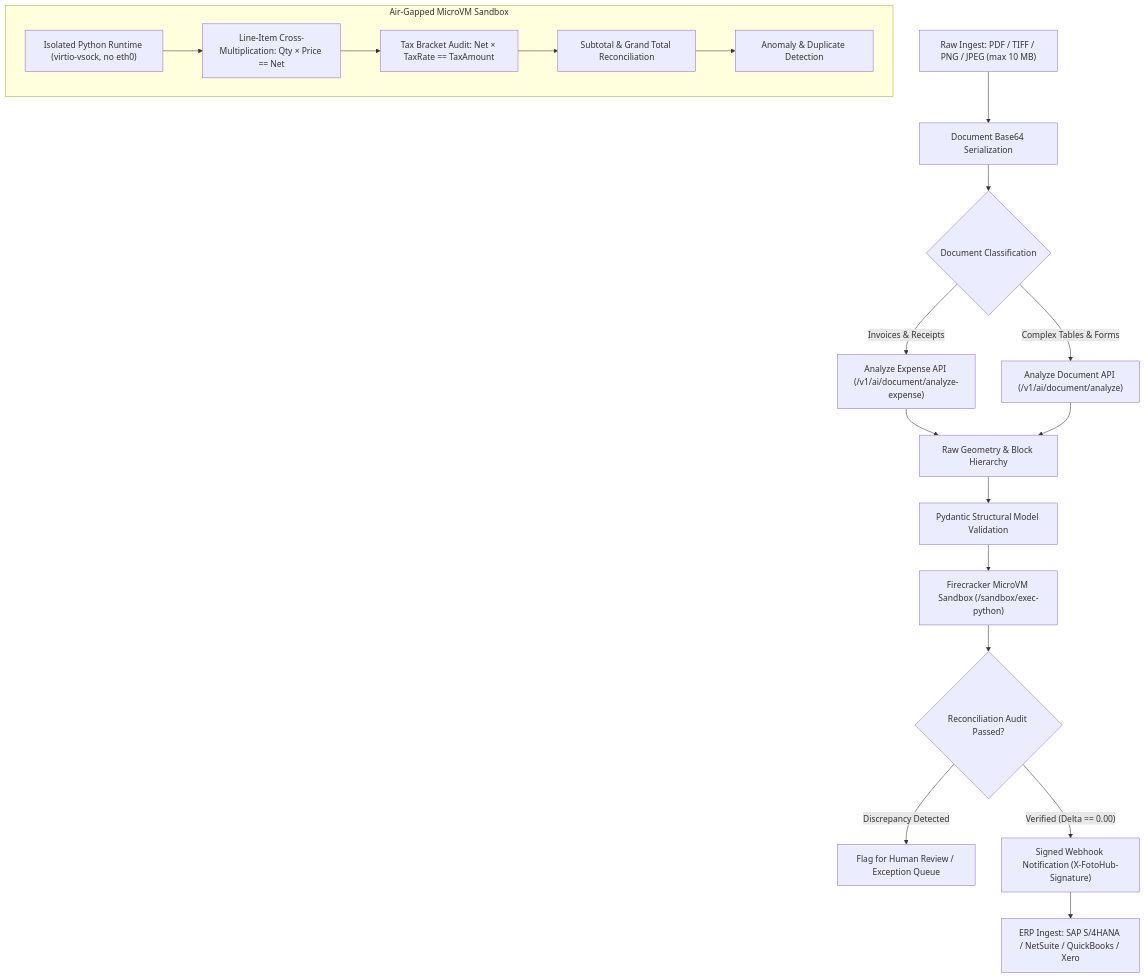
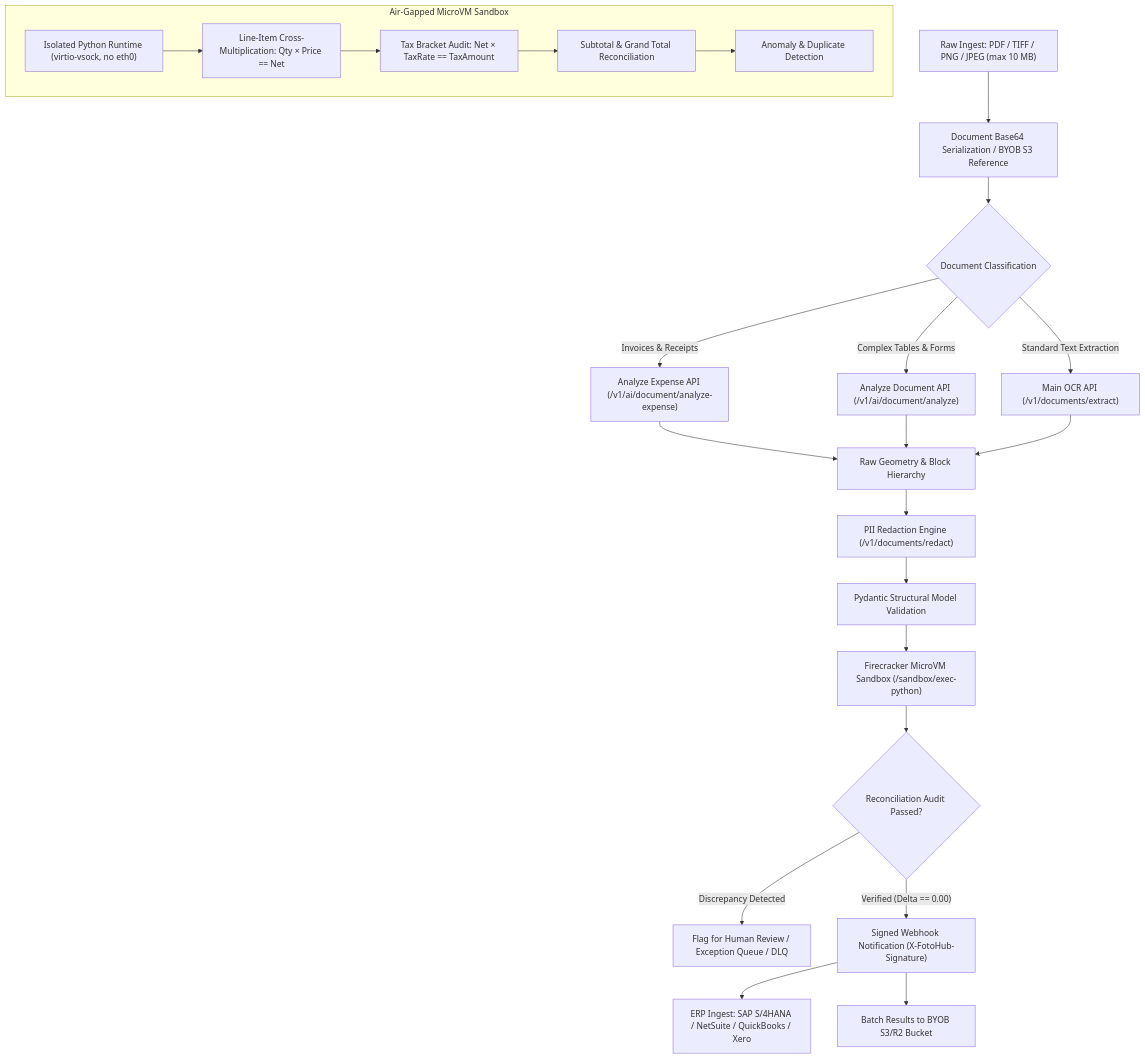
Before and after one commit to fotohubapp/docs: the diagram in recipes/document-intelligence-pipeline.md, drawn with Mermaid. The commit also changed other lines of this file and 61 other files, not shown here.

````diff
--- a/recipes/document-intelligence-pipeline.md
+++ b/recipes/document-intelligence-pipeline.md
@@ -11,22 +11,30 @@
 ```mermaid
 flowchart TD
-    A["Raw Ingest: PDF / TIFF / PNG / JPEG (max 10 MB)"] --> B["Document Base64 Serialization"]
+    A["Raw Ingest: PDF / TIFF / PNG / JPEG (max 10 MB)"] --> B["Document Base64 Serialization / BYOB S3 Reference"]
     B --> C{"Document Classification"}
     C -->|"Invoices & Receipts"| D["Analyze Expense API (/v1/ai/document/analyze-expense)"]
     C -->|"Complex Tables & Forms"| E["Analyze Document API (/v1/ai/document/analyze)"]
-    D & E --> F["Raw Geometry & Block Hierarchy"]
-    F --> G["Pydantic Structural Model Validation"]
-    G --> H["Firecracker MicroVM Sandbox (/sandbox/exec-python)"]
+    C -->|"Standard Text Extraction"| F["Main OCR API (/v1/documents/extract)"]
+    D & E & F --> G["Raw Geometry & Block Hierarchy"]
+    
+    G --> H["PII Redaction Engine (/v1/documents/redact)"]
+    
+    H --> I["Pydantic Structural Model Validation"]
+    I --> J["Firecracker MicroVM Sandbox (/sandbox/exec-python)"]
+    
     subgraph "Air-Gapped MicroVM Sandbox"
-        H1["Isolated Python Runtime (virtio-vsock, no eth0)"]
-        H2["Line-Item Cross-Multiplication: Qty × Price == Net"]
-        H3["Tax Bracket Audit: Net × TaxRate == TaxAmount"]
-        H4["Subtotal & Grand Total Reconciliation"]
-        H5["Anomaly & Duplicate Detection"]
-        H1 --> H2 --> H3 --> H4 --> H5
+        J1["Isolated Python Runtime (virtio-vsock, no eth0)"]
+        J2["Line-Item Cross-Multiplication: Qty × Price == Net"]
+        J3["Tax Bracket Audit: Net × TaxRate == TaxAmount"]
+        J4["Subtotal & Grand Total Reconciliation"]
+        J5["Anomaly & Duplicate Detection"]
+        J1 --> J2 --> J3 --> J4 --> J5
     end
-    H --> I{"Reconciliation Audit Passed?"}
-    I -->|"Discrepancy Detected"| J["Flag for Human Review / Exception Queue"]
-    I -->|"Verified (Delta == 0.00)"| K["Signed Webhook Notification (X-FotoHub-Signature)"]
-    K --> L["ERP Ingest: SAP S/4HANA / NetSuite / QuickBooks / Xero"]
+    
+    J --> K{"Reconciliation Audit Passed?"}
+    K -->|"Discrepancy Detected"| L["Flag for Human Review / Exception Queue / DLQ"]
+    K -->|"Verified (Delta == 0.00)"| M["Signed Webhook Notification (X-FotoHub-Signature)"]
+    
+    M --> N["ERP Ingest: SAP S/4HANA / NetSuite / QuickBooks / Xero"]
+    M --> O["Batch Results to BYOB S3/R2 Bucket"]
 ```
````
